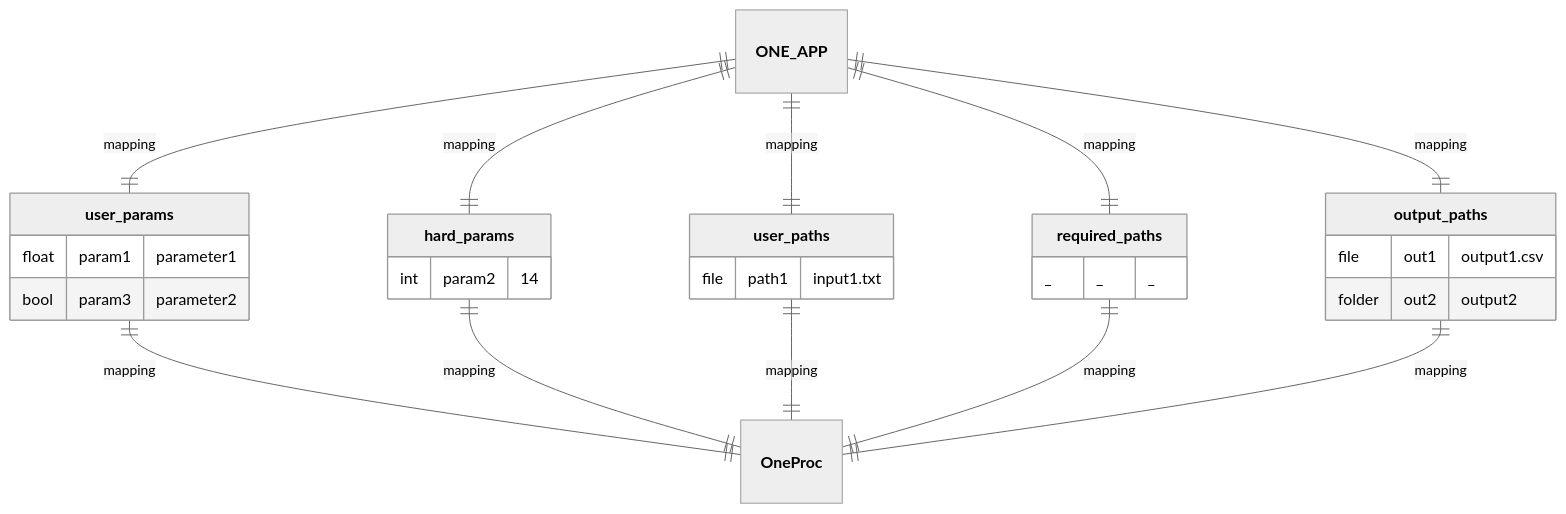
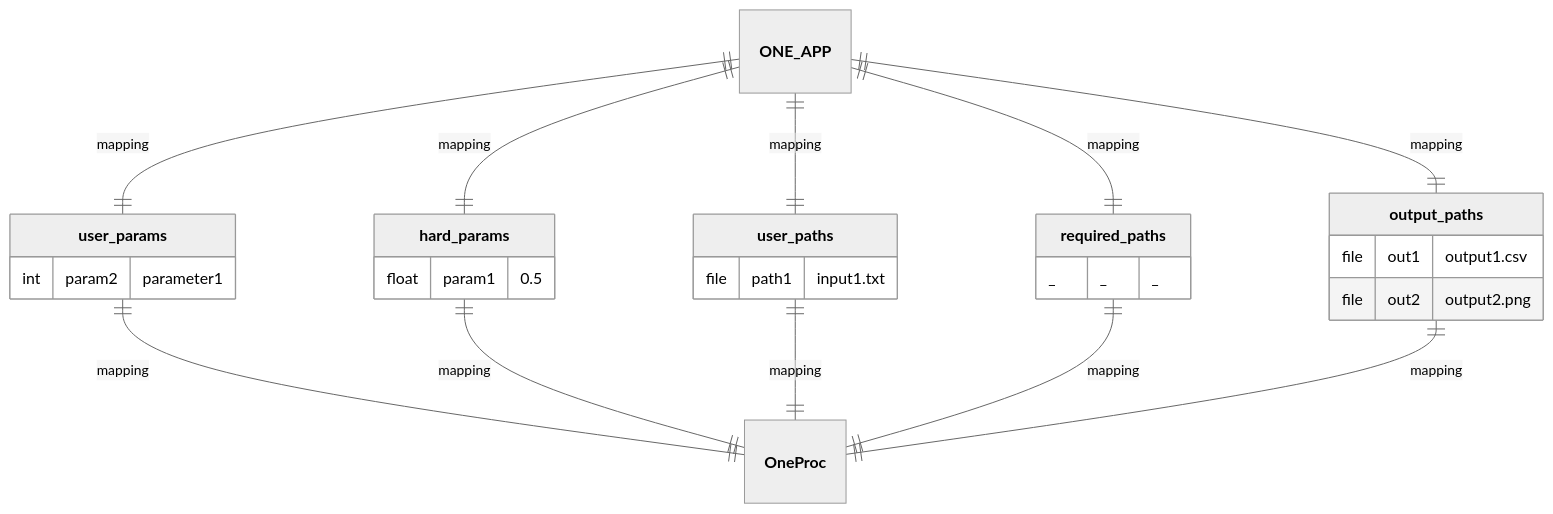
The tenth of 17 diagrams in README.md (nuremics/nuremics), drawn with Mermaid (neutral theme) before and after one commit. The commit also changed other lines of this file, not shown here.

````diff
--- a/README.md
+++ b/README.md
@@ -283,31 +279,30 @@
 ```mermaid
 erDiagram
   **ONE_APP** ||--|| **user_params** : mapping
   **ONE_APP** ||--|| **hard_params** : mapping
   **ONE_APP** ||--|| **user_paths** : mapping
   **ONE_APP** ||--|| **required_paths** : mapping
   **ONE_APP** ||--|| **output_paths** : mapping
   **user_params** ||--|| **OneProc** : mapping
   **hard_params** ||--|| **OneProc** : mapping
   **user_paths** ||--|| **OneProc** : mapping
   **required_paths** ||--|| **OneProc** : mapping
   **output_paths** ||--|| **OneProc** : mapping
 
   **user_params** {
-    float param1 "parameter1"
-    bool param3 "parameter2"
+    int param2 "parameter1"
   }
   **hard_params** {
-    int param2 "14"
+    float param1 "0.5"
   }
   **user_paths** {
     file path1 "input1.txt"
   }
   **required_paths** {
     _ _ "_"
   }
   **output_paths** {
     file out1 "output1.csv"
-    folder out2 "output2"
+    file out2 "output2.png"
   }
 ```
````
